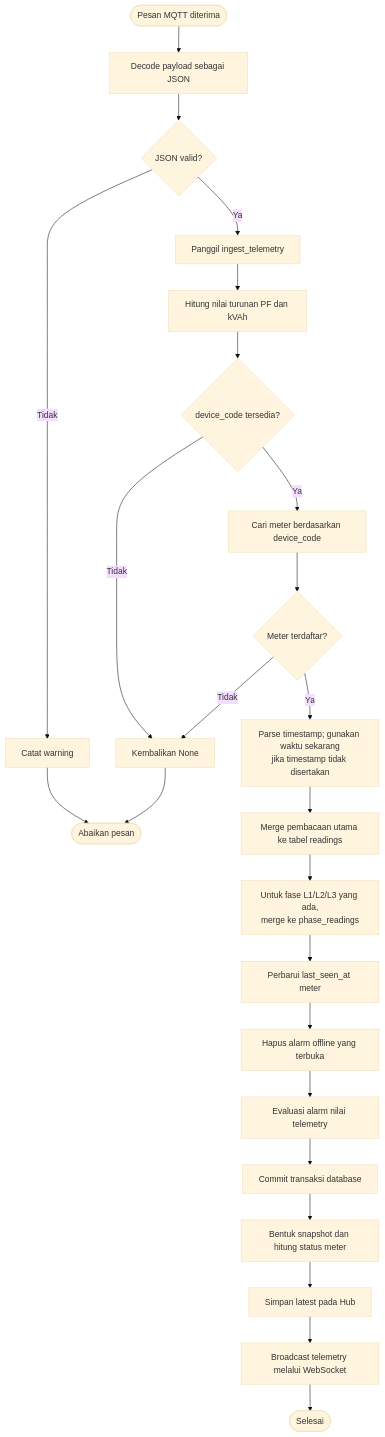
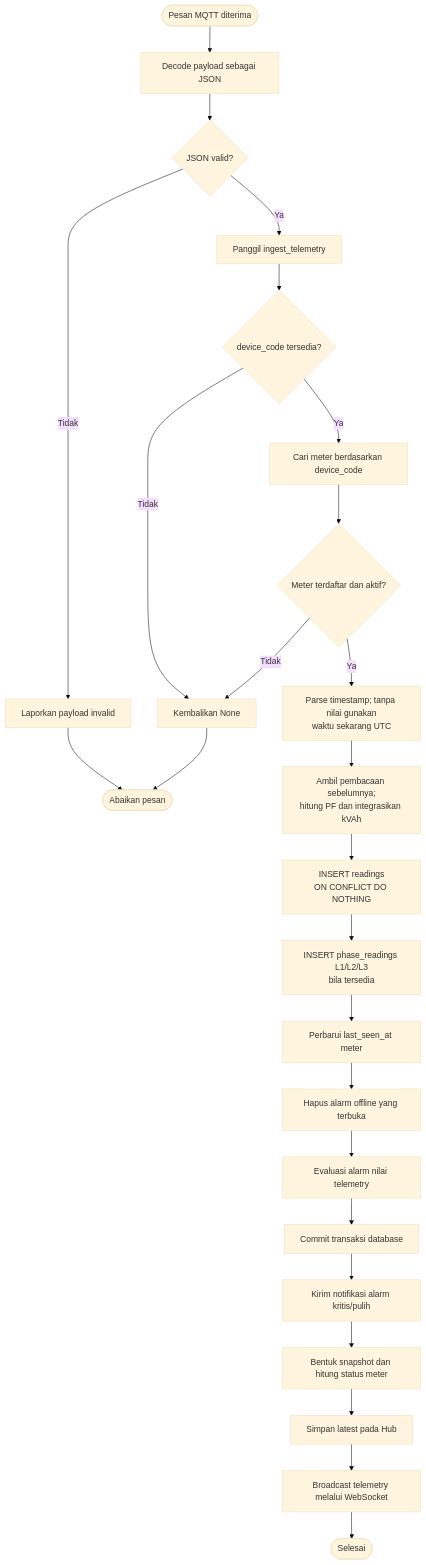
Before and after one commit to etbimm/energy-monitoring-system: the fourth of 7 diagrams in docs/program-flowchart.md, drawn with Mermaid (base theme). The commit also changed other lines of this file and 59 other files, not shown here.

Commit message:
1. Update addressing parameter power meter 2. Fixing bug 3. Update flowchart & diagram blok

````diff
--- a/docs/program-flowchart.md
+++ b/docs/program-flowchart.md
@@ -178,26 +203,27 @@
 ```mermaid
 flowchart TD
     A([Pesan MQTT diterima]) --> B[Decode payload sebagai JSON]
     B --> C{JSON valid?}
-    C -- Tidak --> D[Catat warning]
+    C -- Tidak --> D[Laporkan payload invalid]
     D --> Z([Abaikan pesan])
     C -- Ya --> E[Panggil ingest_telemetry]
-    E --> F[Hitung nilai turunan PF dan kVAh]
-    F --> G{device_code tersedia?}
+    E --> G{device_code tersedia?}
     G -- Tidak --> H[Kembalikan None]
     H --> Z
     G -- Ya --> I[Cari meter berdasarkan device_code]
-    I --> J{Meter terdaftar?}
+    I --> J{Meter terdaftar dan aktif?}
     J -- Tidak --> H
-    J -- Ya --> K[Parse timestamp; gunakan waktu sekarang<br/>jika timestamp tidak disertakan]
-    K --> L[Merge pembacaan utama ke tabel readings]
-    L --> M[Untuk fase L1/L2/L3 yang ada,<br/>merge ke phase_readings]
+    J -- Ya --> K[Parse timestamp; tanpa nilai gunakan<br/>waktu sekarang UTC]
+    K --> F[Ambil pembacaan sebelumnya;<br/>hitung PF dan integrasikan kVAh]
+    F --> L[INSERT readings<br/>ON CONFLICT DO NOTHING]
+    L --> M[INSERT phase_readings L1/L2/L3<br/>bila tersedia]
     M --> N[Perbarui last_seen_at meter]
     N --> O[Hapus alarm offline yang terbuka]
     O --> P[Evaluasi alarm nilai telemetry]
     P --> Q[Commit transaksi database]
-    Q --> R[Bentuk snapshot dan hitung status meter]
-    R --> S[Simpan latest pada Hub]
-    S --> T[Broadcast telemetry melalui WebSocket]
-    T --> U([Selesai])
+    Q --> R[Kirim notifikasi alarm kritis/pulih]
+    R --> S[Bentuk snapshot dan hitung status meter]
+    S --> T[Simpan latest pada Hub]
+    T --> U[Broadcast telemetry melalui WebSocket]
+    U --> V([Selesai])
 ```
````
